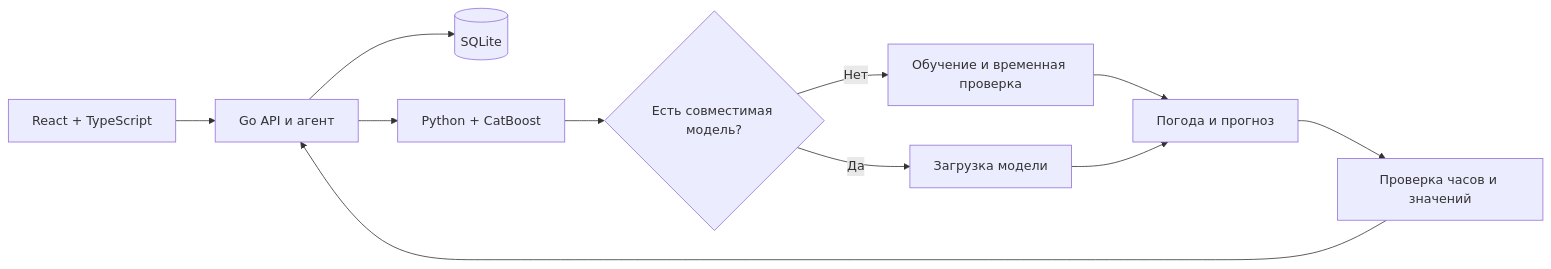
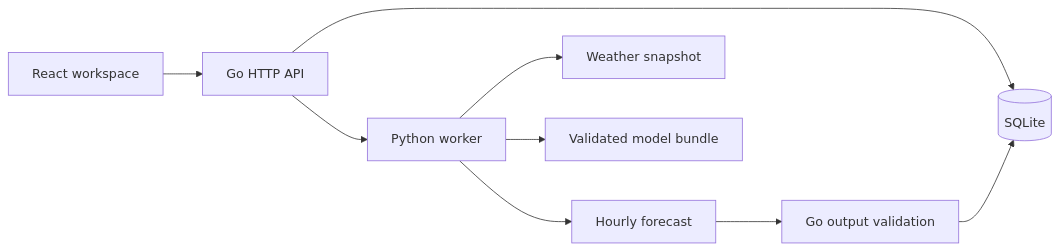
The diagram in README.md (IliasGalikhanov/samal-wind-forecast), drawn with Mermaid before and after one commit. The commit also changed other lines of this file and 8 other files, not shown here.

````diff
--- a/README.md
+++ b/README.md
@@ -98,13 +41,11 @@
 ```mermaid
 flowchart LR
-    UI[React + TypeScript] --> API[Go API и агент]
+    UI[React workspace] --> API[Go HTTP API]
     API --> DB[(SQLite)]
-    API --> ML[Python + CatBoost]
-    ML --> Bundle{Есть совместимая модель?}
-    Bundle -->|Нет| Train[Обучение и временная проверка]
-    Bundle -->|Да| Load[Загрузка модели]
-    Train --> Predict[Погода и прогноз]
-    Load --> Predict
-    Predict --> Gate[Проверка часов и значений]
-    Gate --> API
+    API --> Worker[Python worker]
+    Worker --> Weather[Weather snapshot]
+    Worker --> Cache[Validated model bundle]
+    Worker --> Result[Hourly forecast]
+    Result --> Gate[Go output validation]
+    Gate --> DB
 ```
````
